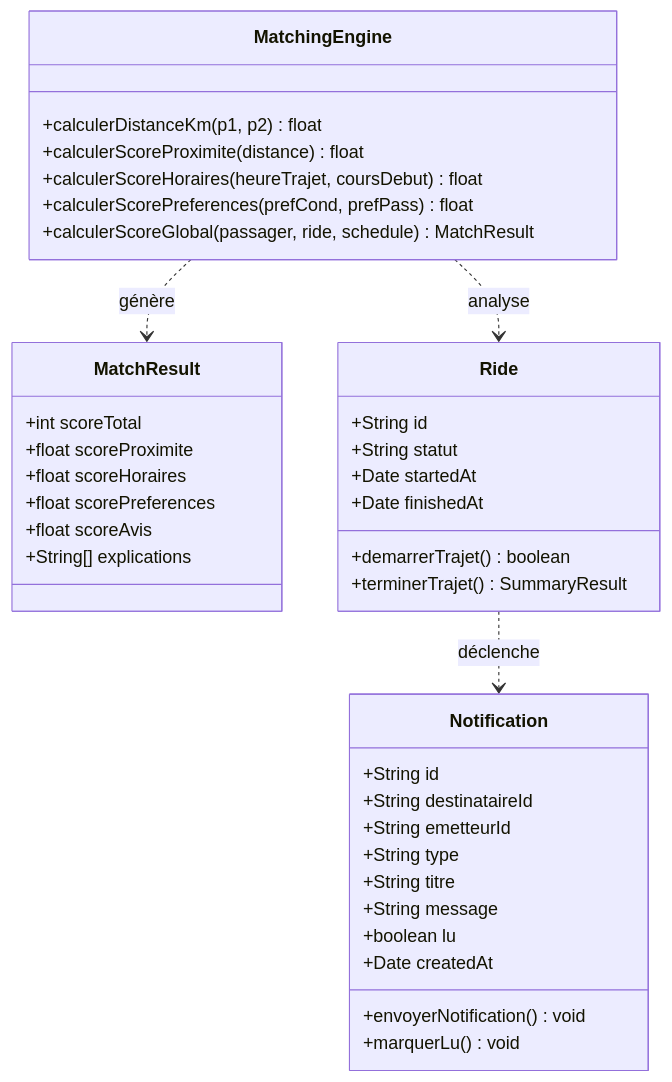
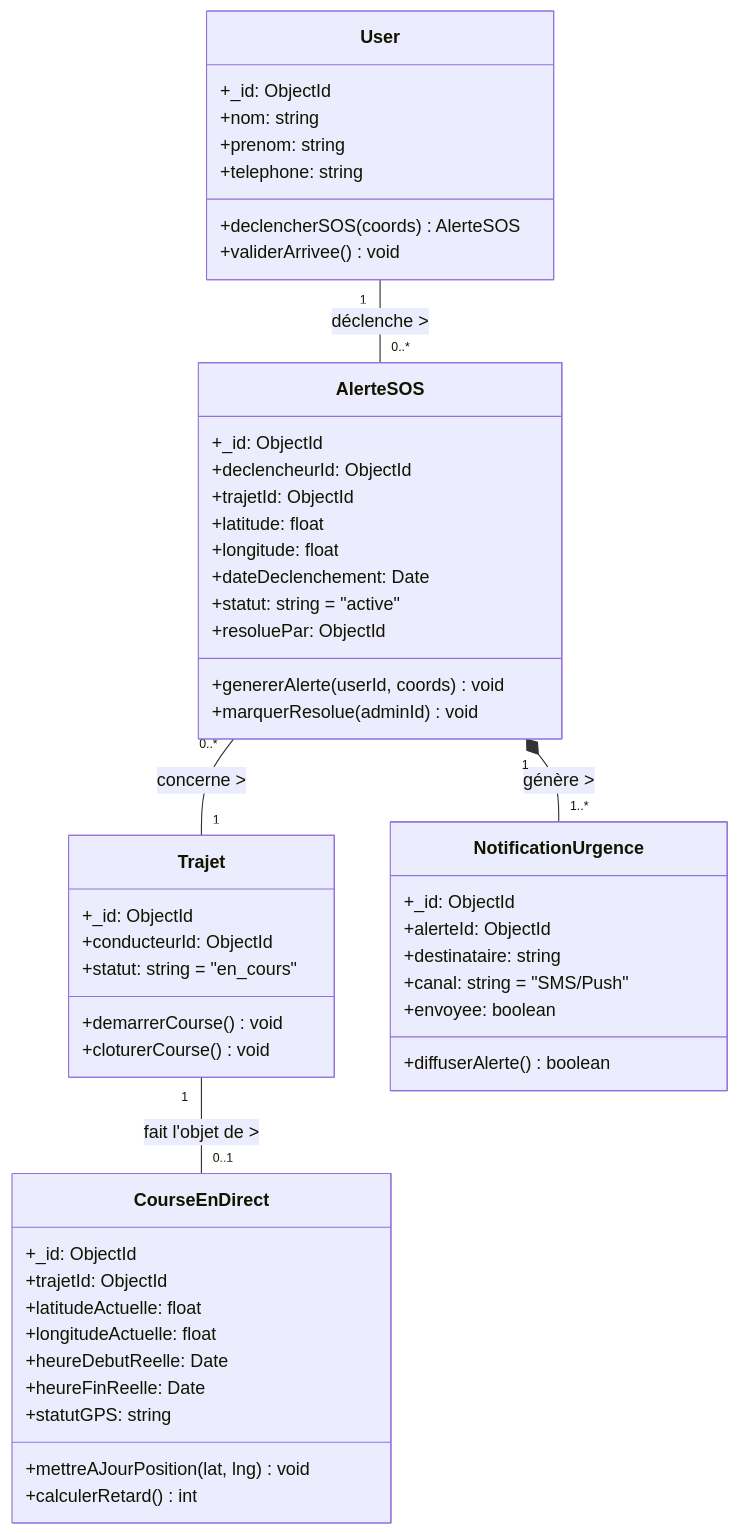
The eighth of 14 diagrams in DIAGRAMMES_UML.md (Hajer1406/UniRide), drawn with Mermaid before and after one commit. The commit also changed other lines of this file and 30 other files, not shown here.

Commit message:
docs: add downloadable UML Use Case and Class diagram images (PNG/SVG) with include auth

````diff
--- a/DIAGRAMMES_UML.md
+++ b/DIAGRAMMES_UML.md
@@ -348,45 +444,58 @@
 ```mermaid
 classDiagram
-    class MatchingEngine {
-        +calculerDistanceKm(p1, p2) float
-        +calculerScoreProximite(distance) float
-        +calculerScoreHoraires(heureTrajet, coursDebut) float
-        +calculerScorePreferences(prefCond, prefPass) float
-        +calculerScoreGlobal(passager, ride, schedule) MatchResult
+    class User {
+        +_id: ObjectId
+        +nom: string
+        +prenom: string
+        +telephone: string
+        +declencherSOS(coords) AlerteSOS
+        +validerArrivee() void
     }
 
-    class MatchResult {
-        +int scoreTotal
-        +float scoreProximite
-        +float scoreHoraires
-        +float scorePreferences
-        +float scoreAvis
-        +String[] explications
+    class Trajet {
+        +_id: ObjectId
+        +conducteurId: ObjectId
+        +statut: string = "en_cours"
+        +demarrerCourse() void
+        +cloturerCourse() void
     }
 
-    class Ride {
-        +String id
-        +String statut
-        +Date startedAt
-        +Date finishedAt
-        +demarrerTrajet() boolean
-        +terminerTrajet() SummaryResult
+    class CourseEnDirect {
+        +_id: ObjectId
+        +trajetId: ObjectId
+        +latitudeActuelle: float
+        +longitudeActuelle: float
+        +heureDebutReelle: Date
+        +heureFinReelle: Date
+        +statutGPS: string
+        +mettreAJourPosition(lat, lng) void
+        +calculerRetard() int
     }
 
-    class Notification {
-        +String id
-        +String destinataireId
-        +String emetteurId
-        +String type
-        +String titre
-        +String message
-        +boolean lu
-        +Date createdAt
-        +envoyerNotification() void
-        +marquerLu() void
+    class AlerteSOS {
+        +_id: ObjectId
+        +declencheurId: ObjectId
+        +trajetId: ObjectId
+        +latitude: float
+        +longitude: float
+        +dateDeclenchement: Date
+        +statut: string = "active"
+        +resoluePar: ObjectId
+        +genererAlerte(userId, coords) void
+        +marquerResolue(adminId) void
     }
 
-    MatchingEngine ..> MatchResult : génère
-    MatchingEngine ..> Ride : analyse
-    Ride ..> Notification : déclenche
+    class NotificationUrgence {
+        +_id: ObjectId
+        +alerteId: ObjectId
+        +destinataire: string
+        +canal: string = "SMS/Push"
+        +envoyee: boolean
+        +diffuserAlerte() boolean
+    }
+
+    User "1" -- "0..*" AlerteSOS : déclenche >
+    Trajet "1" -- "0..1" CourseEnDirect : fait l'objet de >
+    AlerteSOS "1" *-- "1..*" NotificationUrgence : génère >
+    AlerteSOS "0..*" -- "1" Trajet : concerne >
 ```
````
